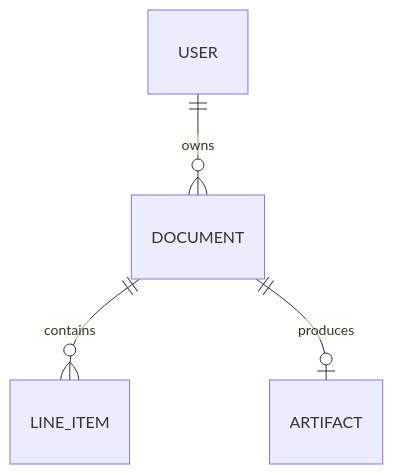
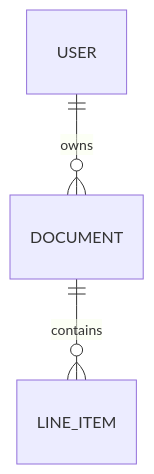
The second of 2 diagrams in docs/architecture.md (RahulGusai/pricing-calculator), drawn with Mermaid before and after one commit. The commit also changed other lines of this file and 77 other files, not shown here.

````diff
--- a/docs/architecture.md
+++ b/docs/architecture.md
@@ -27,6 +26,5 @@
 ```mermaid
 erDiagram
     USER ||--o{ DOCUMENT : owns
     DOCUMENT ||--o{ LINE_ITEM : contains
-    DOCUMENT ||--o| ARTIFACT : produces
 ```
````
